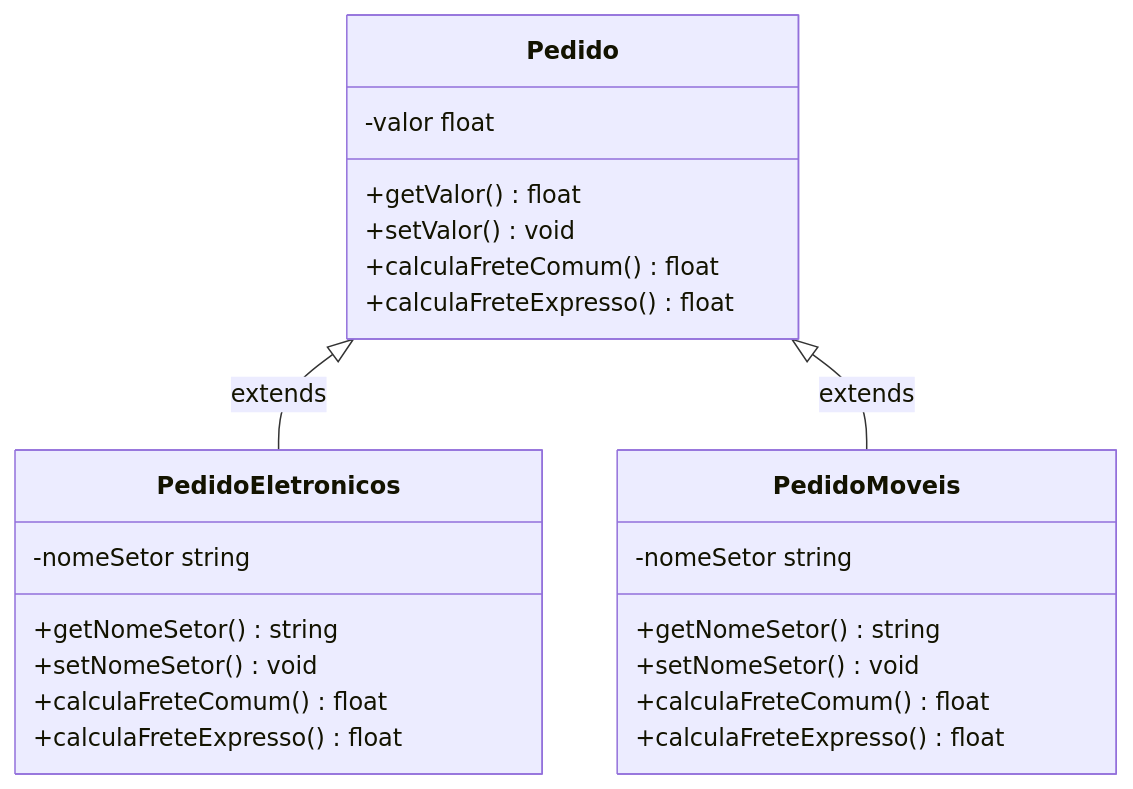
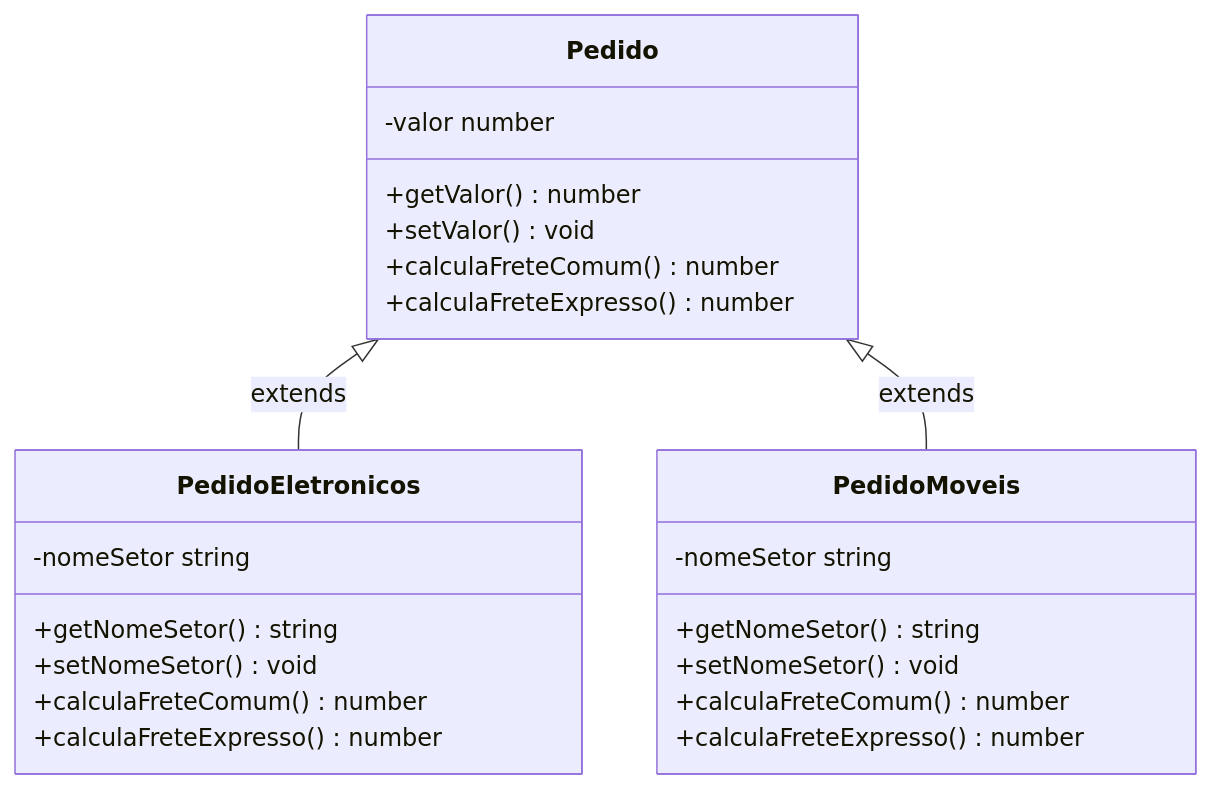
The third of 5 diagrams in Comportamentais/Strategy/README.md (francojeferson/rabiscando-padroes-de-projeto), drawn with Mermaid before and after one commit. The commit also changed other lines of this file and 34 other files, not shown here.

````diff
--- a/Comportamentais/Strategy/README.md
+++ b/Comportamentais/Strategy/README.md
@@ -63,28 +63,28 @@
 ```mermaid
 classDiagram
   class Pedido {
-    -valor float
-    +getValor() float
+    -valor number
+    +getValor() number
     +setValor() void
-    +calculaFreteComum() float
-    +calculaFreteExpresso() float
+    +calculaFreteComum() number
+    +calculaFreteExpresso() number
   }
   Pedido <|-- PedidoEletronicos: extends
   Pedido <|-- PedidoMoveis: extends
 
   class PedidoEletronicos {
     -nomeSetor string
     +getNomeSetor() string
     +setNomeSetor() void
-    +calculaFreteComum() float
-    +calculaFreteExpresso() float
+    +calculaFreteComum() number
+    +calculaFreteExpresso() number
   }
 
   class PedidoMoveis {
     -nomeSetor string
     +getNomeSetor() string
     +setNomeSetor() void
-    +calculaFreteComum() float
-    +calculaFreteExpresso() float
+    +calculaFreteComum() number
+    +calculaFreteExpresso() number
   }
 ```
````
